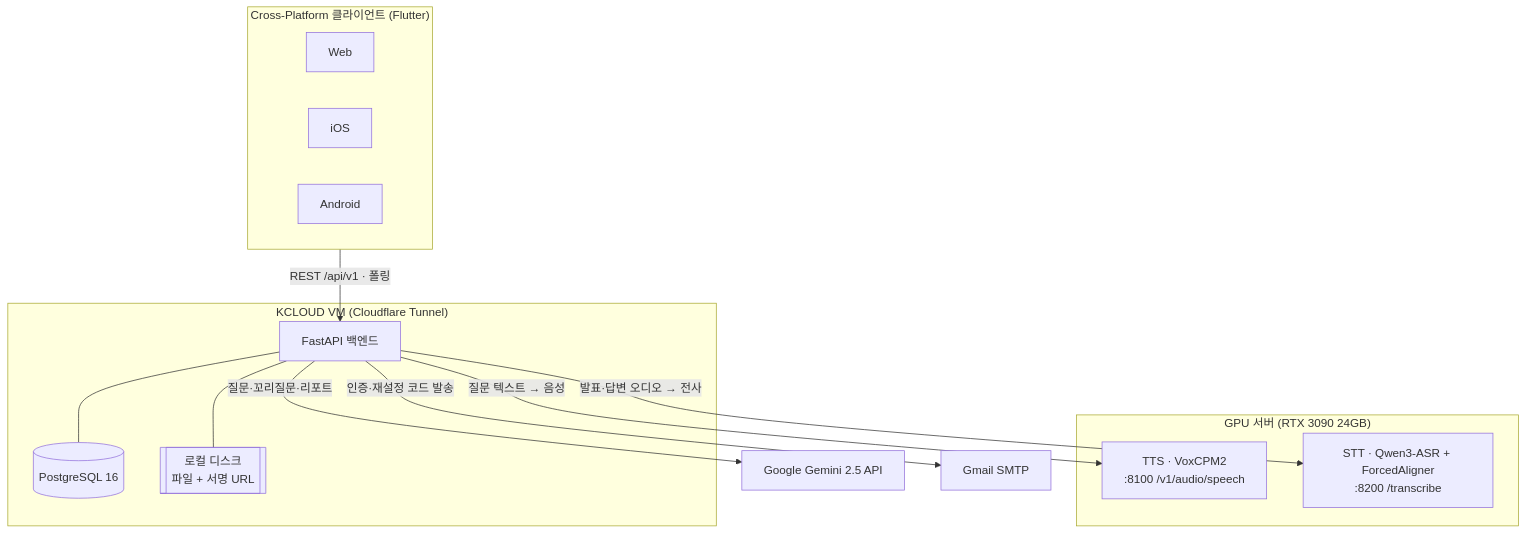
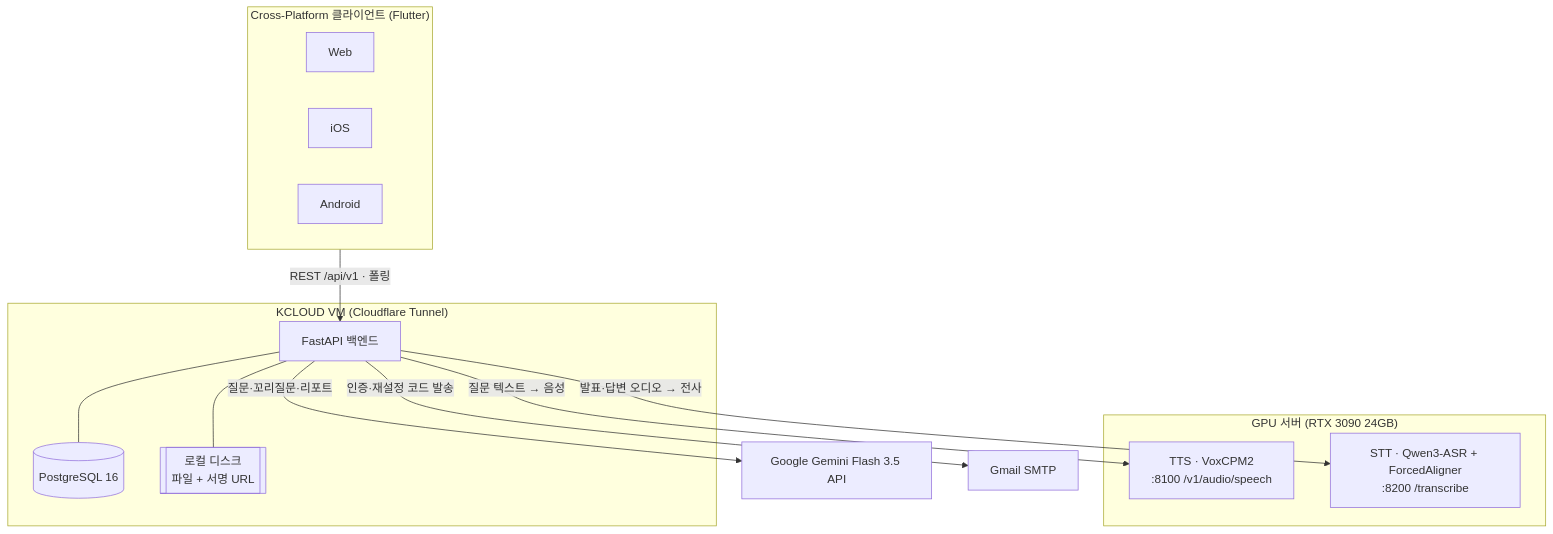
One commit to madcamp-official/26s-w2-c1-02 changed the diagram in README.md. Above: the diagram before and after it, drawn with Mermaid. The commit also changed other lines of this file, not shown here.

````diff
--- a/README.md
+++ b/README.md
@@ -100,29 +97,29 @@
 ```mermaid
 flowchart TD
     subgraph Client["Cross-Platform 클라이언트 (Flutter)"]
         WEB[Web]
         IOS[iOS]
         AND[Android]
     end
 
     Client -->|REST /api/v1 · 폴링| BE
 
     subgraph VM["KCLOUD VM (Cloudflare Tunnel)"]
         BE[FastAPI 백엔드]
         DB[(PostgreSQL 16)]
         FS[[로컬 디스크<br/>파일 + 서명 URL]]
         BE --- DB
         BE --- FS
     end
 
-    BE -->|질문·꼬리질문·리포트| GEM[Google Gemini 2.5 API]
+    BE -->|질문·꼬리질문·리포트| GEM[Google Gemini Flash 3.5 API]
     BE -->|인증·재설정 코드 발송| SMTP[Gmail SMTP]
 
     subgraph GPU["GPU 서버 (RTX 3090 24GB)"]
         TTS[TTS · VoxCPM2<br/>:8100 /v1/audio/speech]
         STT[STT · Qwen3-ASR + ForcedAligner<br/>:8200 /transcribe]
     end
 
     BE -->|질문 텍스트 → 음성| TTS
     BE -->|발표·답변 오디오 → 전사| STT
 ```
````
